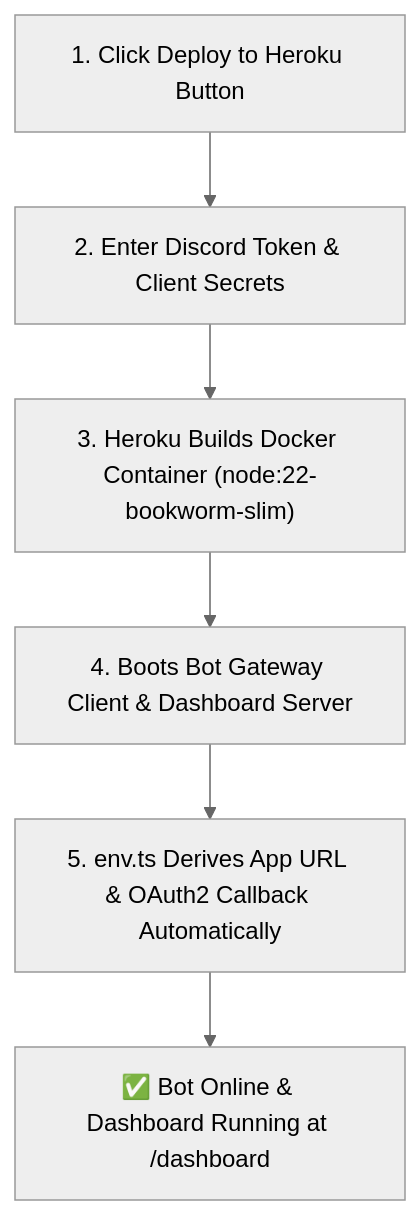
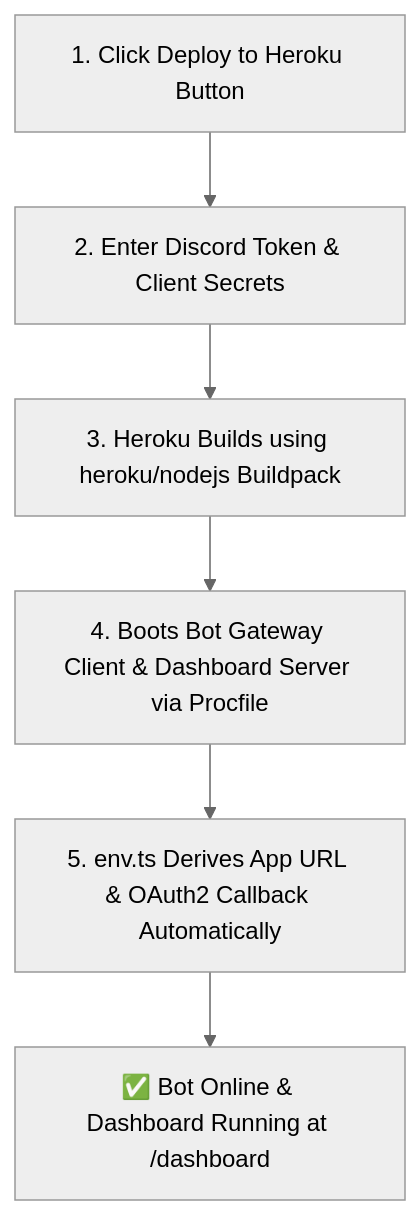
Before and after one commit to HELIX-Origin/HELIX-Discord-Bot: the diagram in docs/deployment-heroku.md, drawn with Mermaid (neutral theme). The commit also changed other lines of this file and 19 other files, not shown here.

Commit message:
🗑️ chore(docker): remove docker containerization in favor of native node runtimes

````diff
--- a/docs/deployment-heroku.md
+++ b/docs/deployment-heroku.md
@@ -22,8 +22,8 @@
 ```mermaid
 flowchart TD
     Button["1. Click Deploy to Heroku Button"] --> Inputs["2. Enter Discord Token & Client Secrets"]
-    Inputs --> Build["3. Heroku Builds Docker Container (node:22-bookworm-slim)"]
-    Build --> Launch["4. Boots Bot Gateway Client & Dashboard Server"]
+    Inputs --> Build["3. Heroku Builds using heroku/nodejs Buildpack"]
+    Build --> Launch["4. Boots Bot Gateway Client & Dashboard Server via Procfile"]
     Launch --> Auto["5. env.ts Derives App URL & OAuth2 Callback Automatically"]
     Auto --> Ready["✅ Bot Online & Dashboard Running at /dashboard"]
 ```
````
